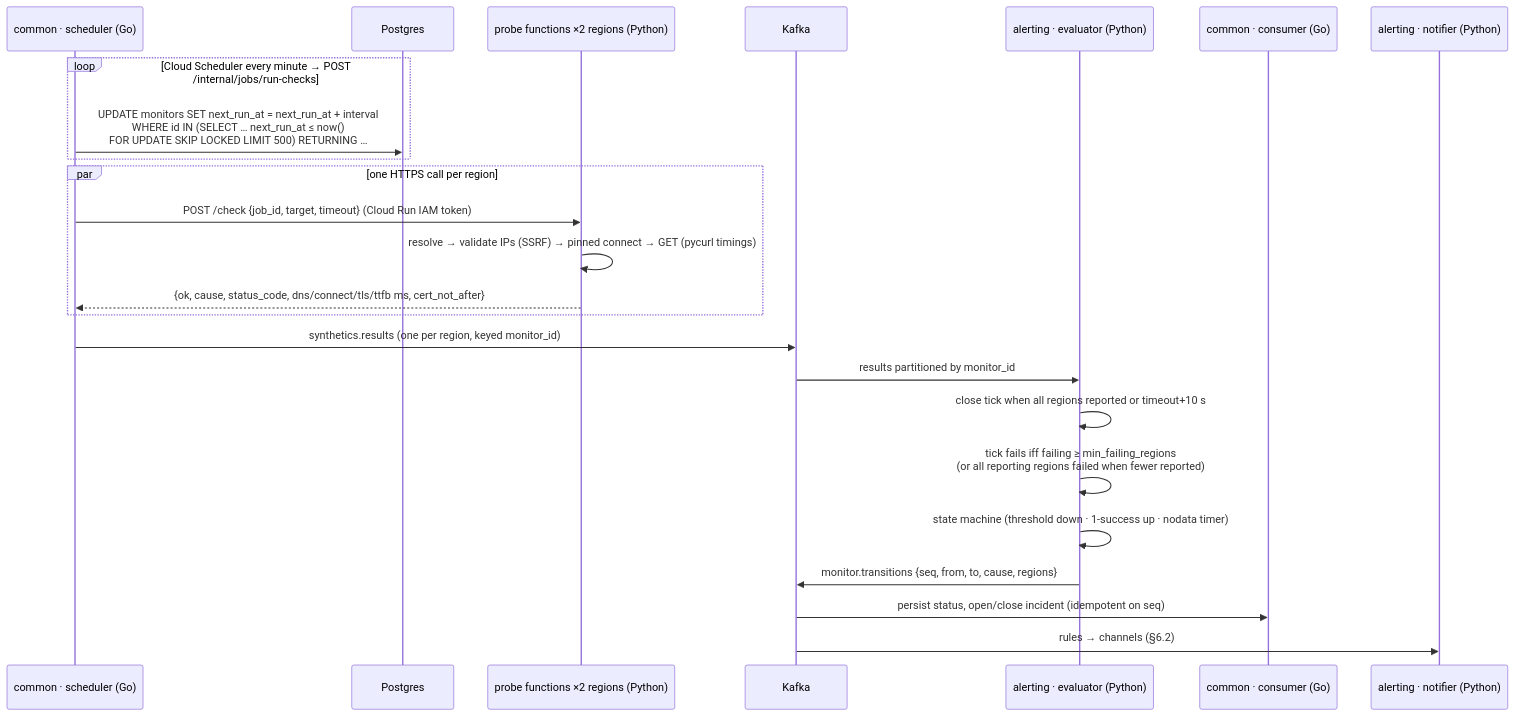
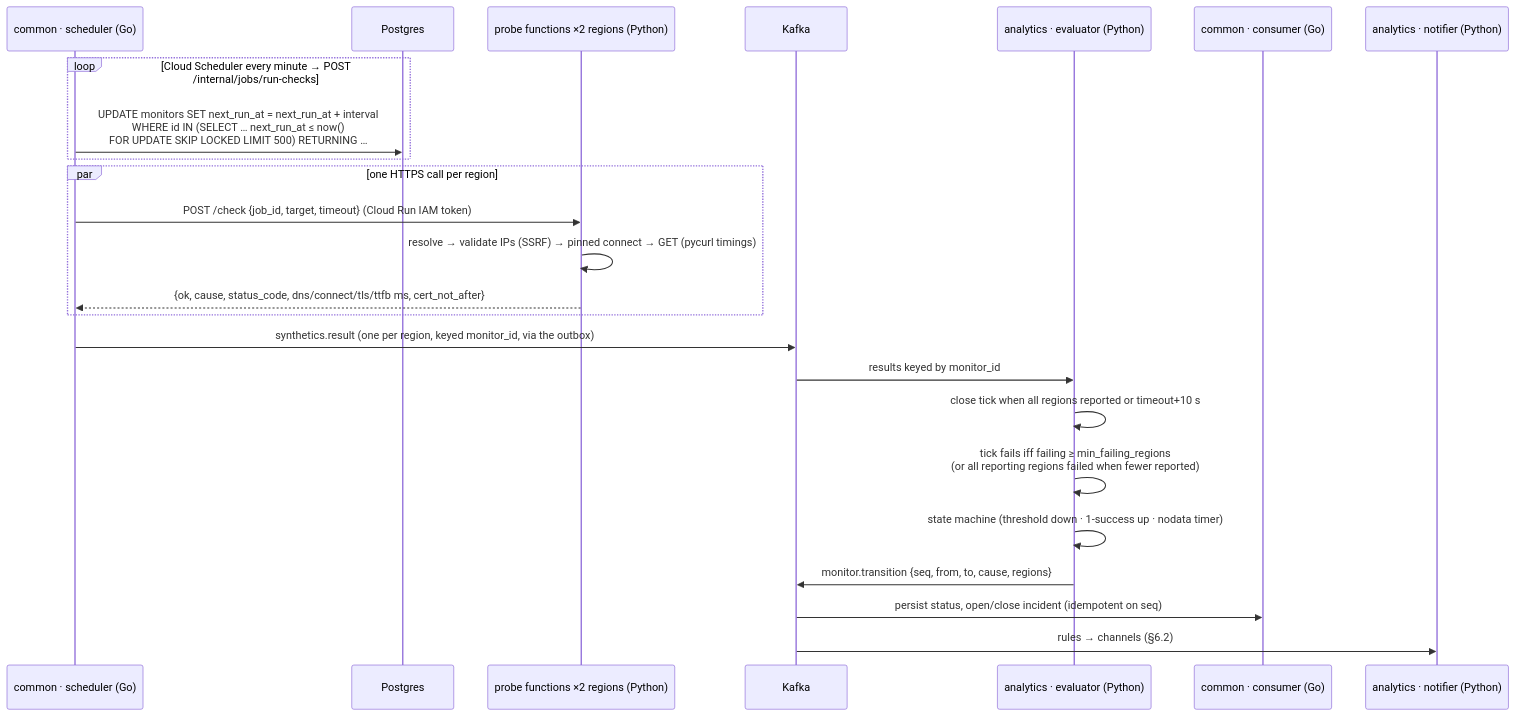
Before and after one commit to cuesoftinc/upstat: the third of 4 diagrams in docs/system-design.md, drawn with Mermaid. The commit also changed other lines of this file and 253 other files, not shown here.

````diff
--- a/docs/system-design.md
+++ b/docs/system-design.md
@@ -382,27 +352,27 @@
 ```mermaid
 sequenceDiagram
     participant S as common · scheduler (Go)
     participant PG as Postgres
     participant P as probe functions ×2 regions (Python)
     participant K as Kafka
-    participant E as alerting · evaluator (Python)
+    participant E as analytics · evaluator (Python)
     participant C as common · consumer (Go)
-    participant N as alerting · notifier (Python)
+    participant N as analytics · notifier (Python)
 
     loop Cloud Scheduler every minute → POST /internal/jobs/run-checks
         S->>PG: UPDATE monitors SET next_run_at = next_run_at + interval<br/>WHERE id IN (SELECT … next_run_at ≤ now()<br/>FOR UPDATE SKIP LOCKED LIMIT 500) RETURNING …
     end
     par one HTTPS call per region
         S->>P: POST /check {job_id, target, timeout} (Cloud Run IAM token)
         P->>P: resolve → validate IPs (SSRF) → pinned connect → GET (pycurl timings)
         P-->>S: {ok, cause, status_code, dns/connect/tls/ttfb ms, cert_not_after}
     end
-    S->>K: synthetics.results (one per region, keyed monitor_id)
-    K->>E: results partitioned by monitor_id
+    S->>K: synthetics.result (one per region, keyed monitor_id, via the outbox)
+    K->>E: results keyed by monitor_id
     E->>E: close tick when all regions reported or timeout+10 s
     E->>E: tick fails iff failing ≥ min_failing_regions<br/>(or all reporting regions failed when fewer reported)
     E->>E: state machine (threshold down · 1-success up · nodata timer)
-    E->>K: monitor.transitions {seq, from, to, cause, regions}
+    E->>K: monitor.transition {seq, from, to, cause, regions}
     K->>C: persist status, open/close incident (idempotent on seq)
     K->>N: rules → channels (§6.2)
 ```
````
